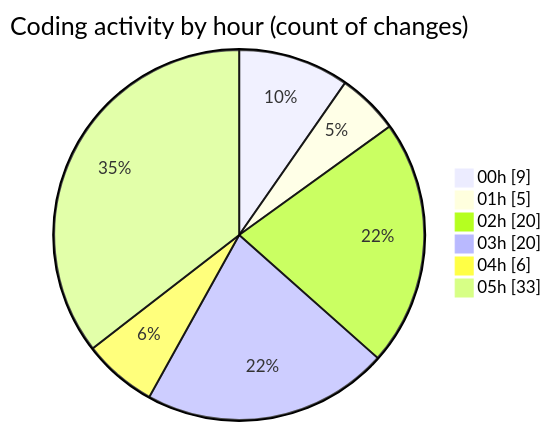
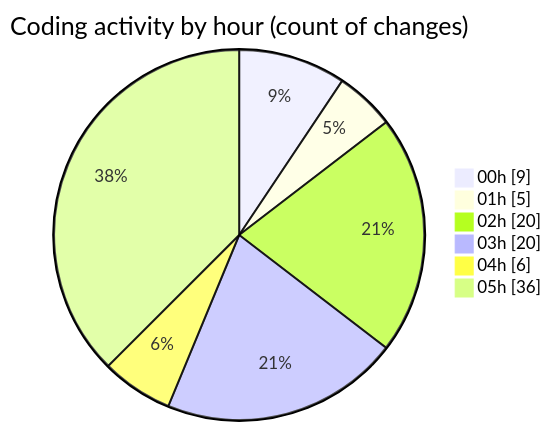
Before and after one commit to lephambinh05/code-tracking: the second of 2 diagrams in 2025-08-05/studybuddy/README.md, drawn with Mermaid. The commit also changed other lines of this file and 1 other file, not shown here.

````diff
--- a/2025-08-05/studybuddy/README.md
+++ b/2025-08-05/studybuddy/README.md
@@ -59,10 +59,10 @@
 ```mermaid
 pie showData
 title Coding activity by hour (count of changes)
 "00h" : 9
 "01h" : 5
 "02h" : 20
 "03h" : 20
 "04h" : 6
-"05h" : 33
+"05h" : 36
 ```
````
